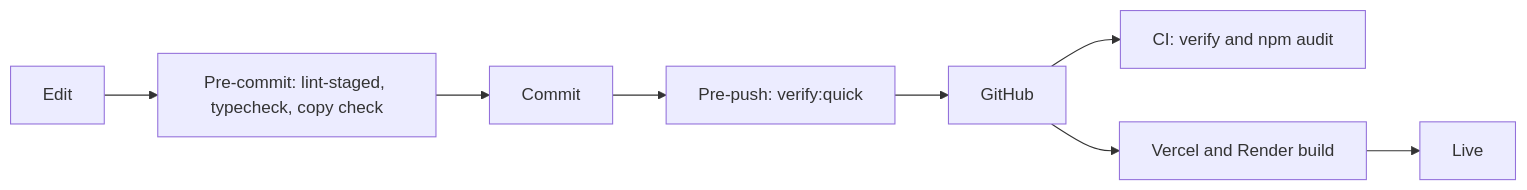
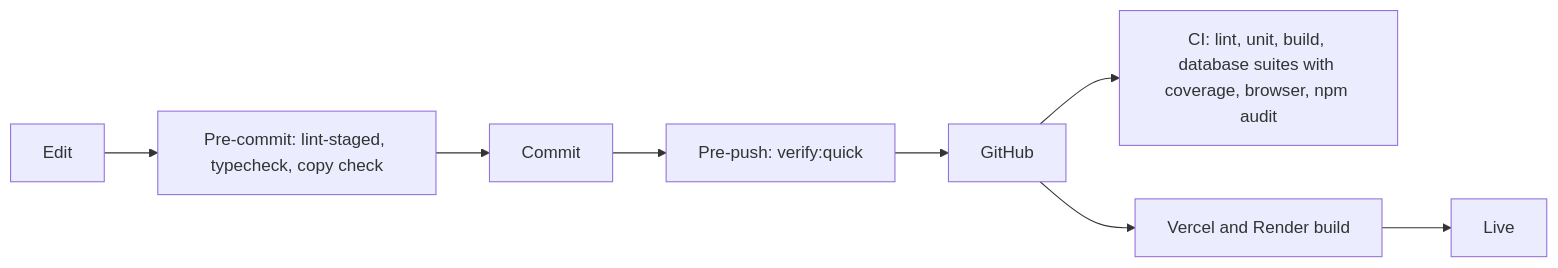
One commit to oyedokunken/gistroom changed diagram 16 of 16 in README.md. Above: the diagram before and after it, drawn with Mermaid. The commit also changed other lines of this file and 148 other files, not shown here.

````diff
--- a/README.md
+++ b/README.md
@@ -447,10 +448,10 @@
 ```mermaid
 flowchart LR
   Edit[Edit] --> Hook[Pre-commit: lint-staged, typecheck, copy check]
   Hook --> Commit[Commit]
   Commit --> Push[Pre-push: verify:quick]
   Push --> GH[GitHub]
-  GH --> CI[CI: verify and npm audit]
+  GH --> CI[CI: lint, unit, build, database suites with coverage, browser, npm audit]
   GH --> Deploy[Vercel and Render build]
   Deploy --> Live[Live]
 ```
````
